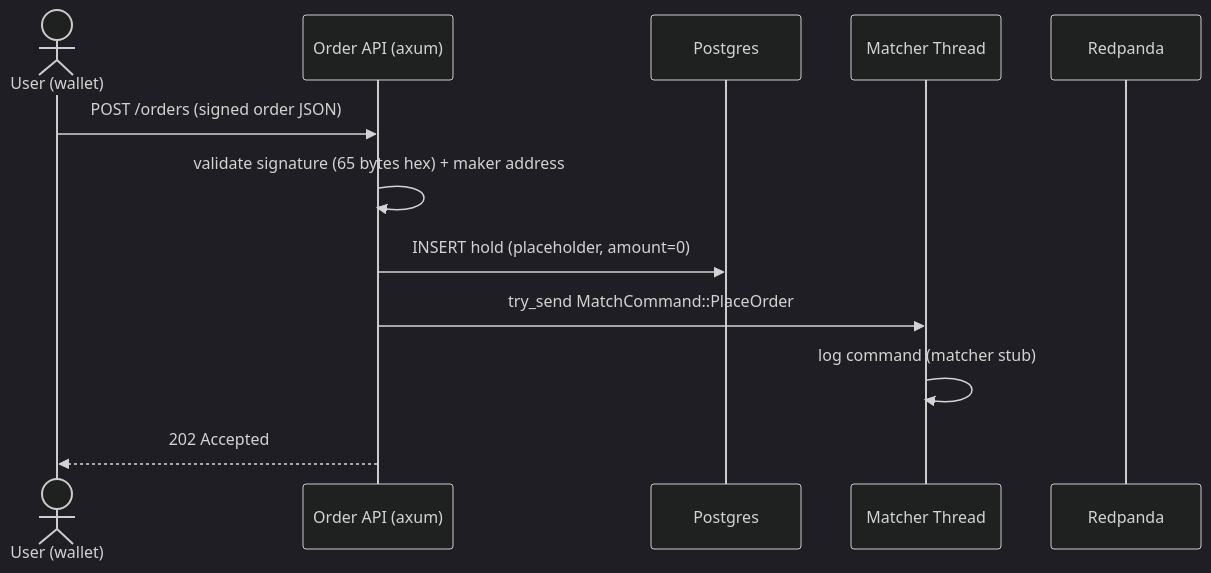
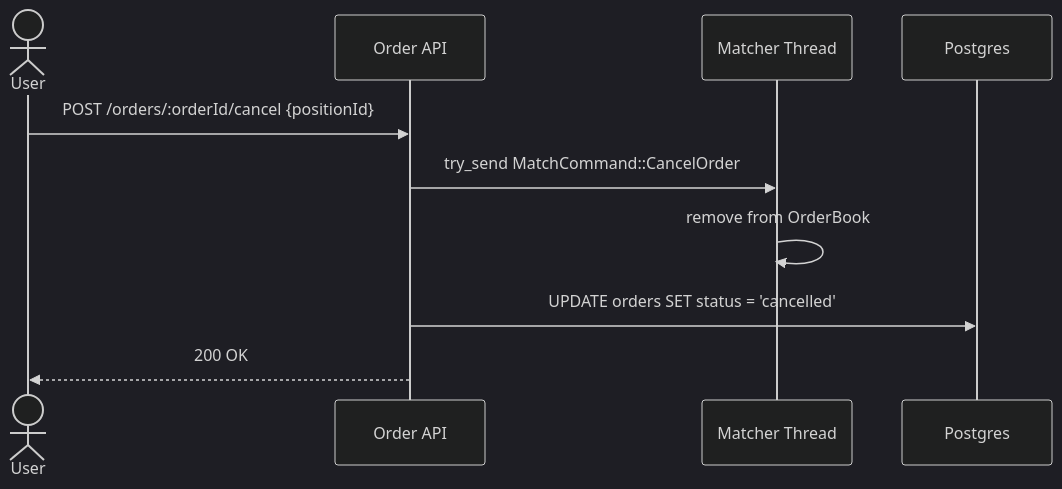
One commit to michael-ni-qwerty/omniscient changed the third of 4 diagrams in docs/gateway.md. Above: the diagram before and after it, drawn with Mermaid (dark theme). The commit also changed other lines of this file and 28 other files, not shown here.

Commit message:
Add gateway API with REST endpoints, WebSocket streaming, and in-memory order matching engine

````diff
--- a/docs/gateway.md
+++ b/docs/gateway.md
@@ -56,14 +119,12 @@
 ```mermaid
 sequenceDiagram
-    actor U as User (wallet)
-    participant API as Order API (axum)
+    actor U as User
+    participant API as Order API
+    participant ME as Matcher Thread
     participant PG as Postgres
-    participant ME as Matcher Thread
-    participant RP as Redpanda
-    U->>API: POST /orders (signed order JSON)
-    API->>API: validate signature (65 bytes hex) + maker address
-    API->>PG: INSERT hold (placeholder, amount=0)
-    API->>ME: try_send MatchCommand::PlaceOrder
-    ME->>ME: log command (matcher stub)
-    API-->>U: 202 Accepted
+    U->>API: POST /orders/:orderId/cancel {positionId}
+    API->>ME: try_send MatchCommand::CancelOrder
+    ME->>ME: remove from OrderBook
+    API->>PG: UPDATE orders SET status = 'cancelled'
+    API-->>U: 200 OK
 ```
````
